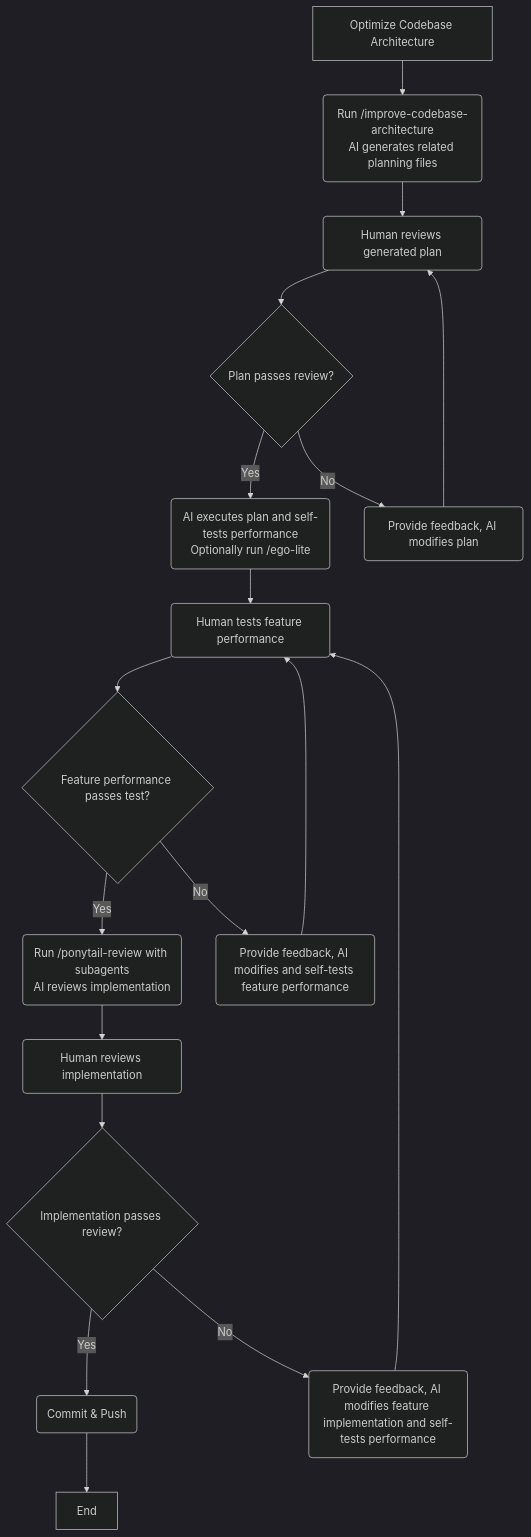
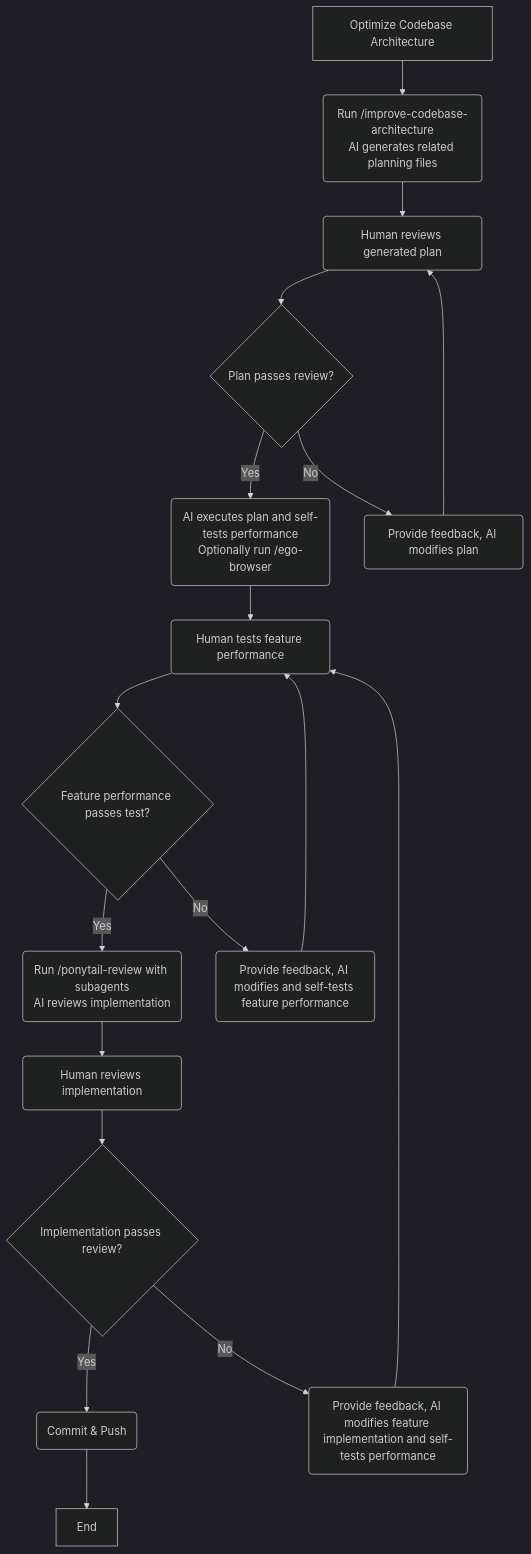
One commit to ModyQyW/ai changed the third of 3 diagrams in README.md. Above: the diagram before and after it, drawn with Mermaid (dark theme). The commit also changed other lines of this file and 1 other file, not shown here.

````diff
--- a/README.md
+++ b/README.md
@@ -160,20 +160,20 @@
 ```mermaid
 flowchart TD
    A[Optimize Codebase Architecture] --> B(Run /improve-codebase-architecture\nAI generates related planning files)
    B --> C(Human reviews generated plan)
    C --> D{Plan passes review?}
-   D -->|Yes| F(AI executes plan and self-tests performance\nOptionally run /ego-lite)
+   D -->|Yes| F(AI executes plan and self-tests performance\nOptionally run /ego-browser)
    D -->|No| E(Provide feedback, AI modifies plan)
    E --> C
    F --> G(Human tests feature performance)
    G --> H{Feature performance passes test?}
    H -->|Yes| I(Run /ponytail-review with subagents\nAI reviews implementation)
    H -->|No| J(Provide feedback, AI modifies and self-tests feature performance)
    J --> G
    I --> K(Human reviews implementation)
    K --> L{Implementation passes review?}
    L -->|Yes| M(Commit & Push)
    L -->|No| N(Provide feedback, AI modifies feature implementation and self-tests performance)
    N --> G
    M --> O[End]
 ```
````
